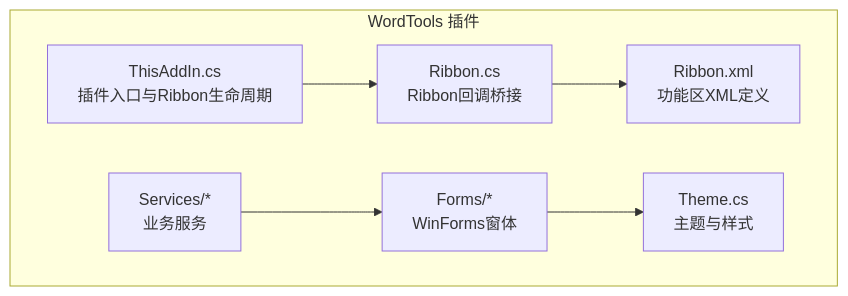
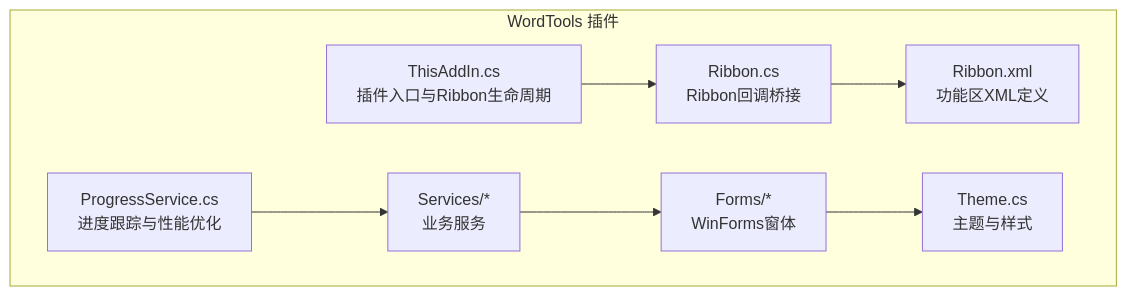
Before and after one commit to rainiva/WordTools: the first of 10 diagrams in .qoder/repowiki/zh/content/界面组件/界面组件.md, drawn with Mermaid. The commit also changed other lines of this file and 8 other files, not shown here.

Commit message:
perf: 大表格插图性能优化-清理编号与计算起始号瓶颈修复+诊断计时

````diff
--- a/.qoder/repowiki/zh/content/界面组件/界面组件.md
+++ b/.qoder/repowiki/zh/content/界面组件/界面组件.md
@@ -55,15 +60,17 @@
 ```mermaid
 graph TB
 subgraph "WordTools 插件"
 A["ThisAddIn.cs<br/>插件入口与Ribbon生命周期"]
 B["Ribbon.cs<br/>Ribbon回调桥接"]
 C["Ribbon.xml<br/>功能区XML定义"]
 D["Forms/*<br/>WinForms窗体"]
 E["Services/*<br/>业务服务"]
 T["Theme.cs<br/>主题与样式"]
+PS["ProgressService.cs<br/>进度跟踪与性能优化"]
 end
 A --> B
 B --> C
 D --> T
 E --> D
+PS --> E
 ```
````
